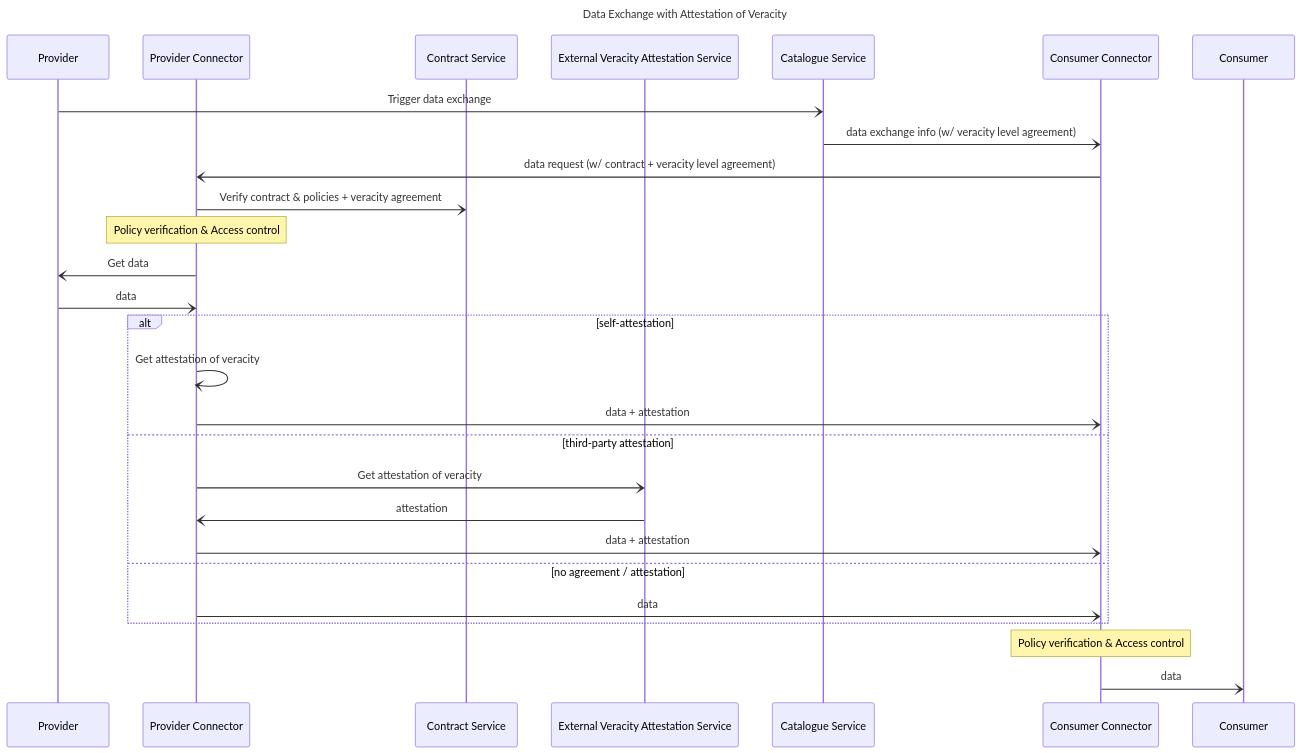
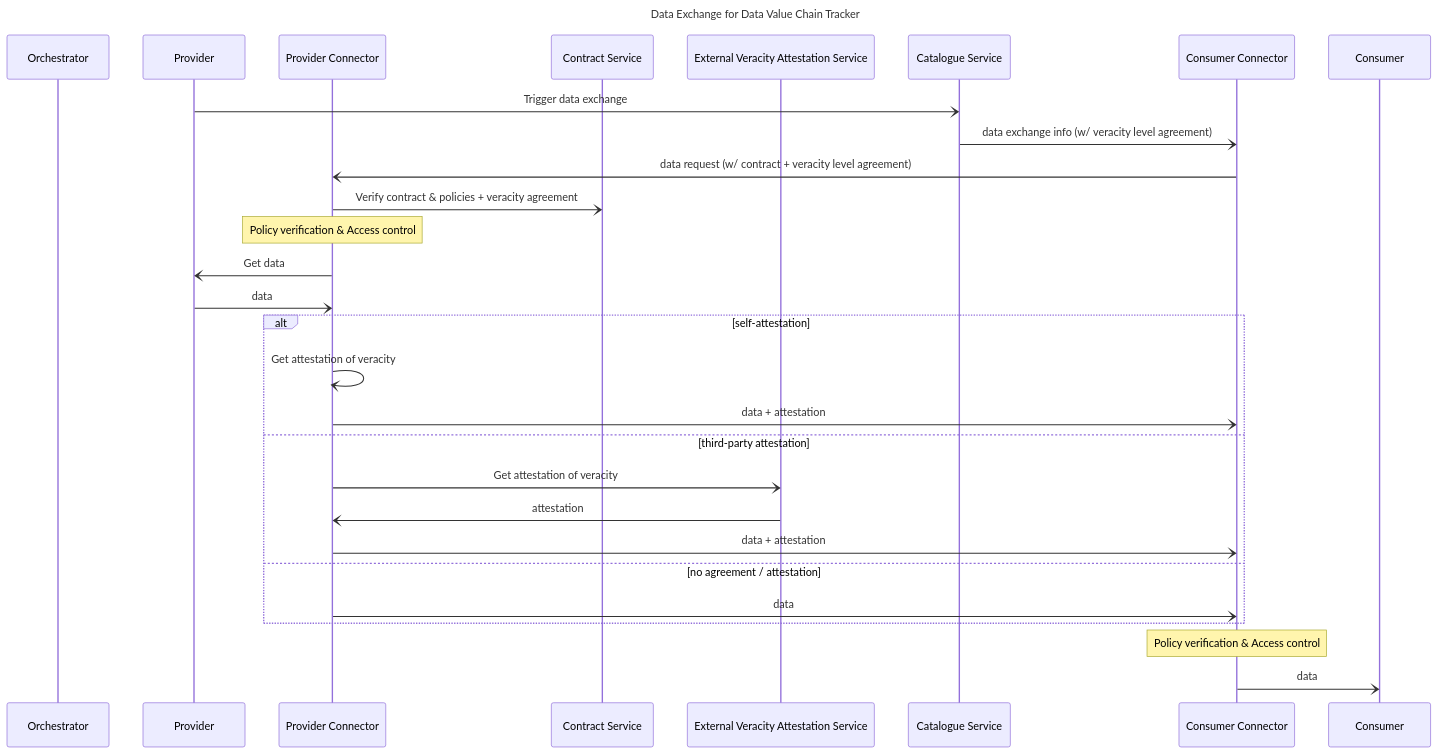
The first of 2 diagrams in README.markdown (Prometheus-X-association/data-value-chain-tracker), drawn with Mermaid before and after one commit. The commit also changed other lines of this file, not shown here.

````diff
--- a/README.markdown
+++ b/README.markdown
@@ -104,36 +104,37 @@
 ```mermaid
 ---
-title: Data Exchange with Attestation of Veracity
+title: Data Exchange for Data Value Chain Tracker
 ---
 
 sequenceDiagram
+    participant o as Orchestrator
     participant p as Provider
     participant pc as Provider Connector
     participant con as Contract Service
     participant evs as External Veracity Attestation Service
     participant cat as Catalogue Service
     participant cc as Consumer Connector
     participant c as Consumer
 
     p -) cat: Trigger data exchange
     cat -) cc: data exchange info (w/ veracity level agreement)
     cc -) pc: data request (w/ contract + veracity level agreement)
     pc -) con: Verify contract & policies + veracity agreement
     Note over pc: Policy verification & Access control
     pc -) p: Get data
     p -) pc: data
 
     alt self-attestation
         pc -) pc: Get attestation of veracity
         pc -) cc: data + attestation
     else third-party attestation
         pc -) evs: Get attestation of veracity
         evs -) pc: attestation
         pc -) cc: data + attestation
     else no agreement / attestation
         pc -) cc: data
     end
 
     Note over cc: Policy verification & Access control
     cc -) c: data
 ```
````
